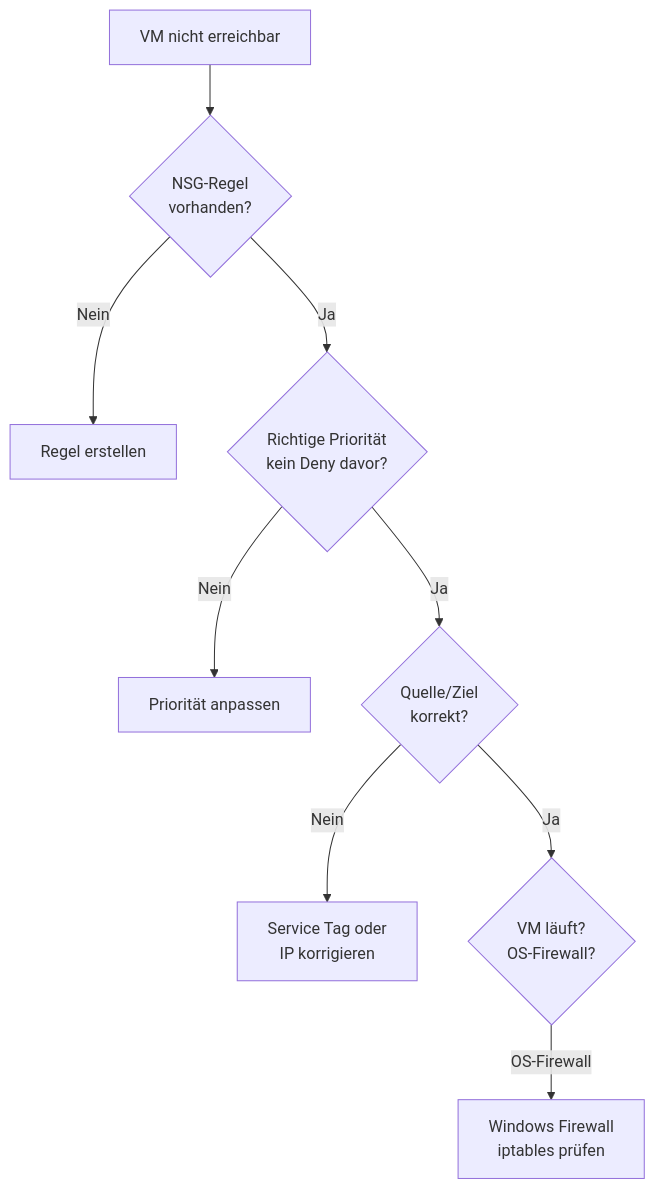
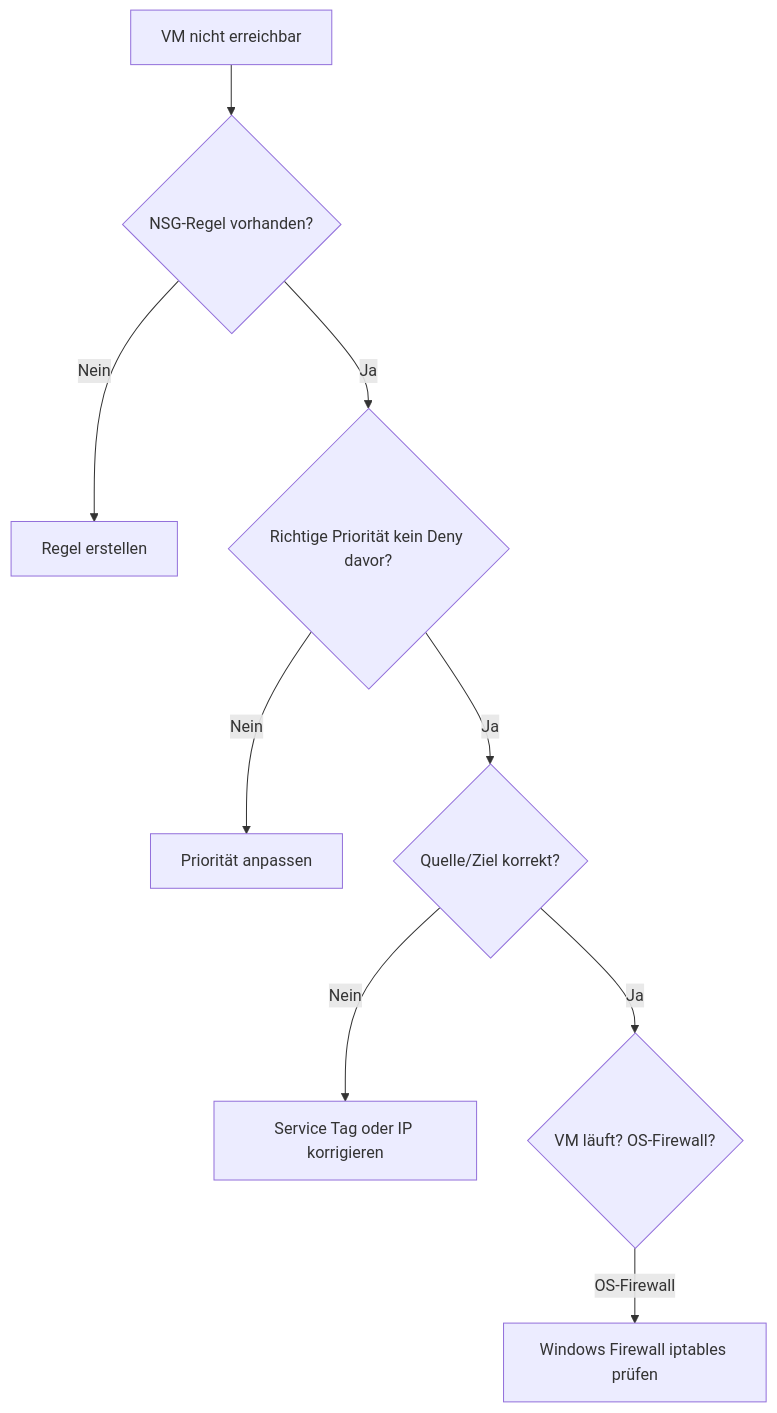
The fifth of 5 diagrams in Microsoft 365/Azure/Netzwerk/Network Security Groups.md (SoniiiT/notes-n-docs), drawn with Mermaid before and after one commit. The commit also changed other lines of this file and 124 other files, not shown here.

First line of the commit message:
fix: Entferne \n aus allen Mermaid-Diagrammen (125 Dateien)

````diff
--- a/Microsoft 365/Azure/Netzwerk/Network Security Groups.md
+++ b/Microsoft 365/Azure/Netzwerk/Network Security Groups.md
@@ -327,11 +327,11 @@
 ```mermaid
 graph TD
-    ERR[VM nicht erreichbar] --> CHK1{NSG-Regel\nvorhanden?}
+    ERR[VM nicht erreichbar] --> CHK1{NSG-Regel vorhanden?}
     CHK1 -->|Nein| FIX1[Regel erstellen]
-    CHK1 -->|Ja| CHK2{Richtige Priorität\nkein Deny davor?}
+    CHK1 -->|Ja| CHK2{Richtige Priorität kein Deny davor?}
     CHK2 -->|Nein| FIX2[Priorität anpassen]
-    CHK2 -->|Ja| CHK3{Quelle/Ziel\nkorrekt?}
-    CHK3 -->|Nein| FIX3[Service Tag oder\nIP korrigieren]
-    CHK3 -->|Ja| CHK4{VM läuft?\nOS-Firewall?}
-    CHK4 -->|OS-Firewall| FIX4[Windows Firewall\niptables prüfen]
+    CHK2 -->|Ja| CHK3{Quelle/Ziel korrekt?}
+    CHK3 -->|Nein| FIX3[Service Tag oder IP korrigieren]
+    CHK3 -->|Ja| CHK4{VM läuft? OS-Firewall?}
+    CHK4 -->|OS-Firewall| FIX4[Windows Firewall iptables prüfen]
 ```
````
